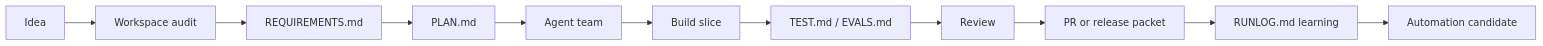
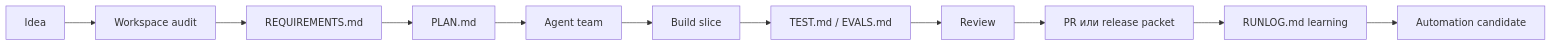
Before and after one commit to alexroadcaster/product-agent-os: the diagram in docs/product-agent-os/index.md, drawn with Mermaid. The commit also changed other lines of this file and 447 other files, not shown here.

````diff
--- a/docs/product-agent-os/index.md
+++ b/docs/product-agent-os/index.md
@@ -71,13 +71,13 @@
 ```mermaid
 flowchart LR
     A["Idea"] --> B["Workspace audit"]
     B --> C["REQUIREMENTS.md"]
     C --> D["PLAN.md"]
     D --> E["Agent team"]
     E --> F["Build slice"]
     F --> G["TEST.md / EVALS.md"]
     G --> H["Review"]
-    H --> I["PR or release packet"]
+    H --> I["PR или release packet"]
     I --> J["RUNLOG.md learning"]
     J --> K["Automation candidate"]
 ```
````
